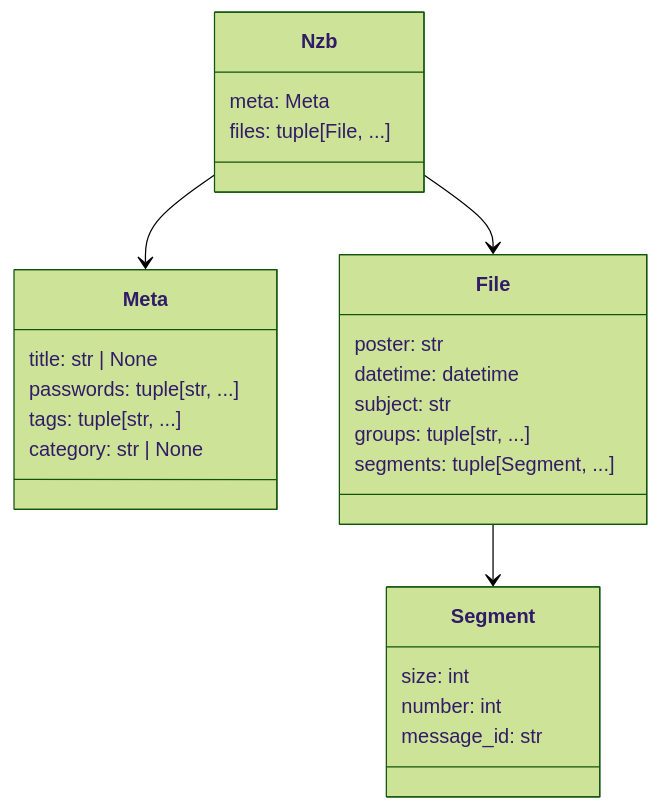
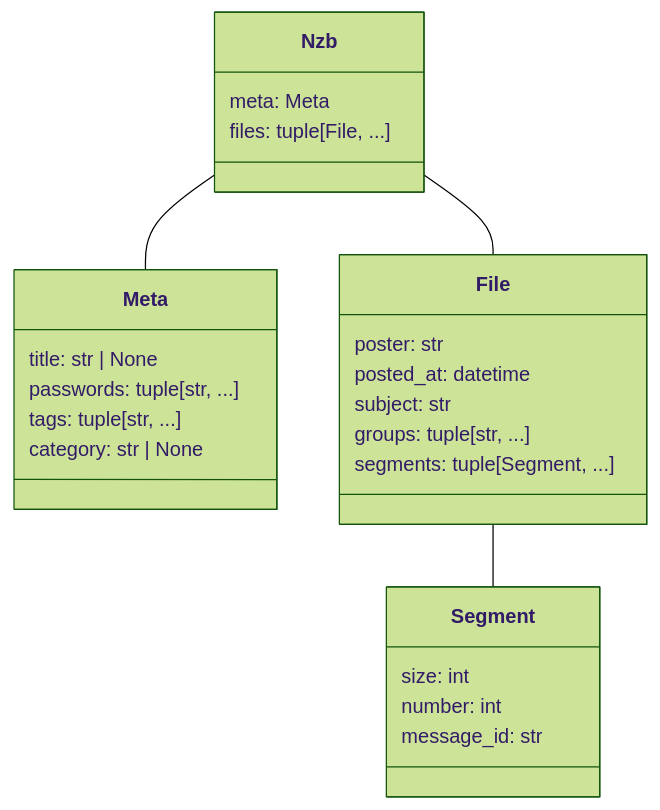
The diagram in docs/nzb-structure.md (Ravencentric/nzb), drawn with Mermaid (forest theme) before and after one commit. The commit also changed other lines of this file and 9 other files, not shown here.

````diff
--- a/docs/nzb-structure.md
+++ b/docs/nzb-structure.md
@@ -36,33 +42,32 @@
 ```mermaid
 classDiagram
     class Meta {
         title: str | None
         passwords: tuple[str, ...]
         tags: tuple[str, ...]
         category: str | None
     }
 
     class Segment {
         size: int
         number: int
         message_id: str
     }
 
     class File {
         poster: str
-        datetime: datetime
+        posted_at: datetime
         subject: str
         groups: tuple[str, ...]
         segments: tuple[Segment, ...]
     }
 
     class Nzb {
         meta: Meta
         files: tuple[File, ...]
     }
 
-
-    Nzb --> Meta
-    Nzb --> File
-    File --> Segment
+    Nzb -- Meta
+    Nzb -- File
+    File -- Segment
 ```
````
